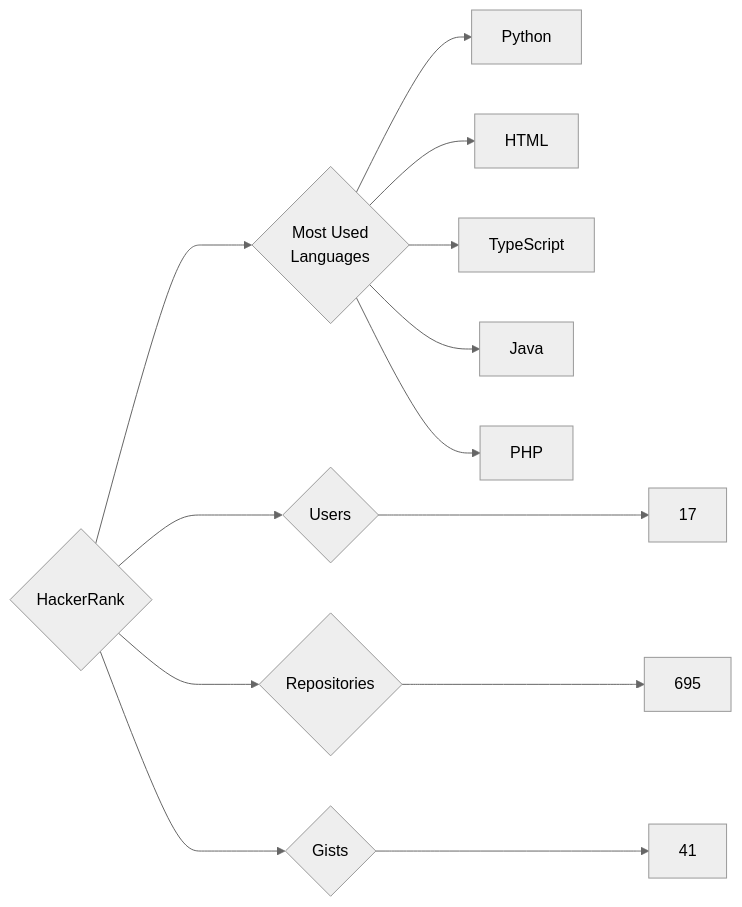
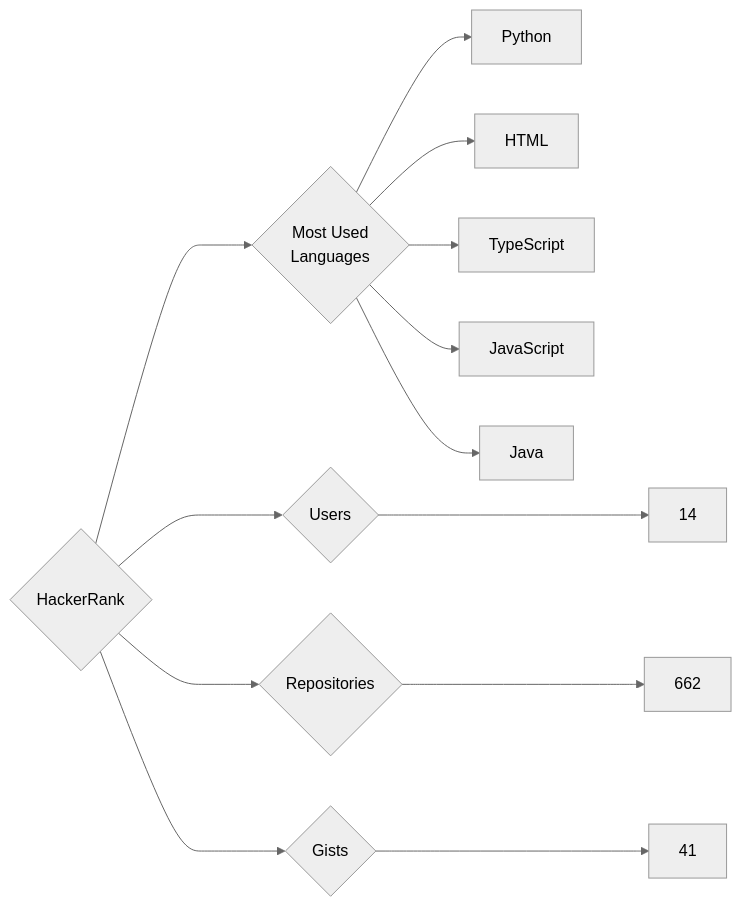
The diagram in targets/HackerRank/README.md (trickest/insiders), drawn with Mermaid (neutral theme) before and after one commit. The commit also changed 1084 other files, not shown here.

````diff
--- a/targets/HackerRank/README.md
+++ b/targets/HackerRank/README.md
@@ -3,13 +3,13 @@
 ```mermaid
 graph LR
 COMPANY_NAME{HackerRank}
-COMPANY_NAME ---> U{Users} ---> UN[17]
-COMPANY_NAME ---> R{Repositories} ---> RN[695]
+COMPANY_NAME ---> U{Users} ---> UN[14]
+COMPANY_NAME ---> R{Repositories} ---> RN[662]
 COMPANY_NAME ---> G{Gists} ---> GN[41]
 COMPANY_NAME ---> ML{Most Used<br>Languages}
 ML --> Python[Python]
 ML --> HTML[HTML]
 ML --> TypeScript[TypeScript]
+ML --> JavaScript[JavaScript]
 ML --> Java[Java]
-ML --> PHP[PHP]
 ```
````
